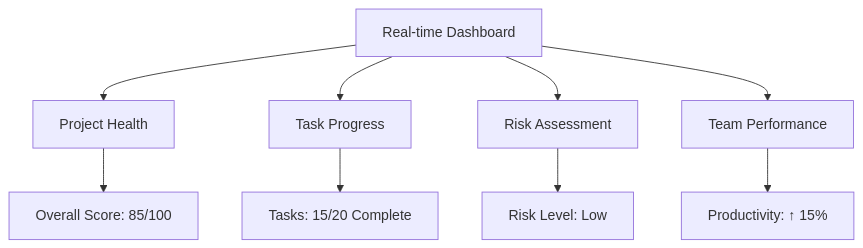
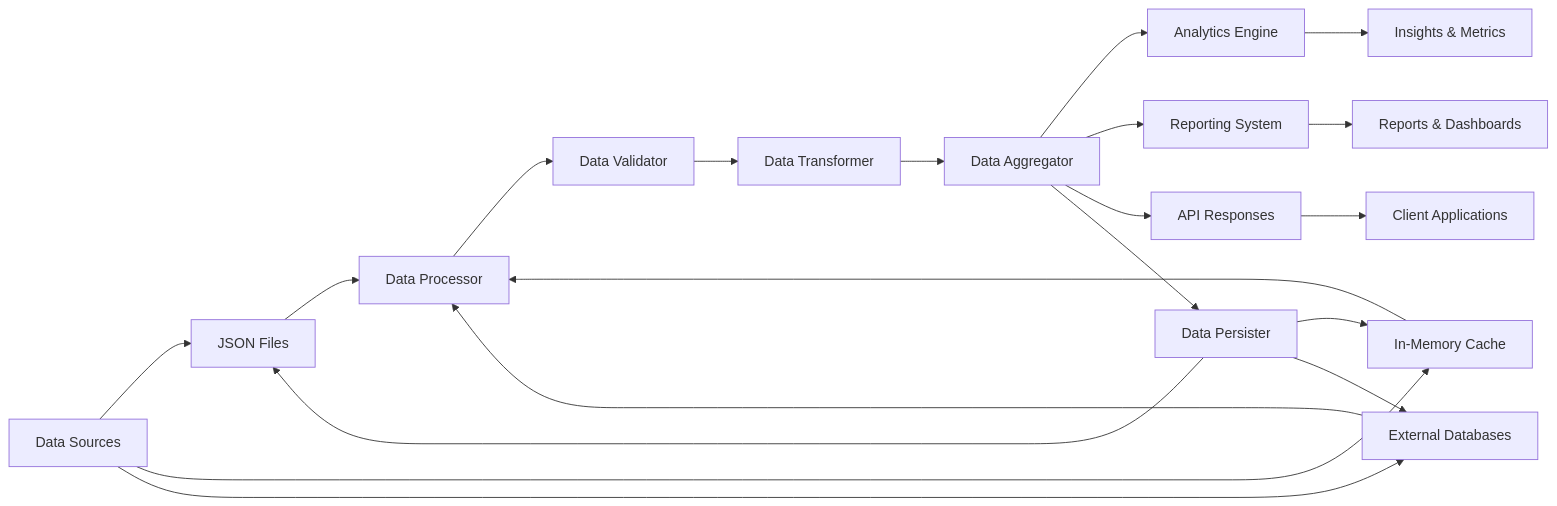
The eighth of 8 diagrams in Docs/entire_project/Quick_Start_Guide/Quick_Start_Guide.md (Shakour-Data/AutoProjectManagement), drawn with Mermaid before and after one commit. The commit also changed other lines of this file, not shown here.

````diff
--- a/Docs/entire_project/Quick_Start_Guide/Quick_Start_Guide.md
+++ b/Docs/entire_project/Quick_Start_Guide/Quick_Start_Guide.md
@@ -481,12 +994,28 @@
 ```mermaid
-graph TD
-    A[Real-time Dashboard] --> B[Project Health]
-    A --> C[Task Progress]
-    A --> D[Risk Assessment]
-    A --> E[Team Performance]
+graph LR
+    A[Data Sources] --> B[JSON Files]
+    A --> C[In-Memory Cache]
+    A --> D[External Databases]
     
-    B --> F[Overall Score: 85/100]
-    C --> G[Tasks: 15/20 Complete]
-    D --> H[Risk Level: Low]
-    E --> I[Productivity: ↑ 15%]
+    B --> E[Data Processor]
+    C --> E
+    D --> E
+    
+    E --> F[Data Validator]
+    F --> G[Data Transformer]
+    G --> H[Data Aggregator]
+    
+    H --> I[Analytics Engine]
+    H --> J[Reporting System]
+    H --> K[API Responses]
+    
+    I --> L[Insights & Metrics]
+    J --> M[Reports & Dashboards]
+    K --> N[Client Applications]
+    
+    %% Data flow for persistence
+    H --> O[Data Persister]
+    O --> B
+    O --> C
+    O --> D
 ```
````
